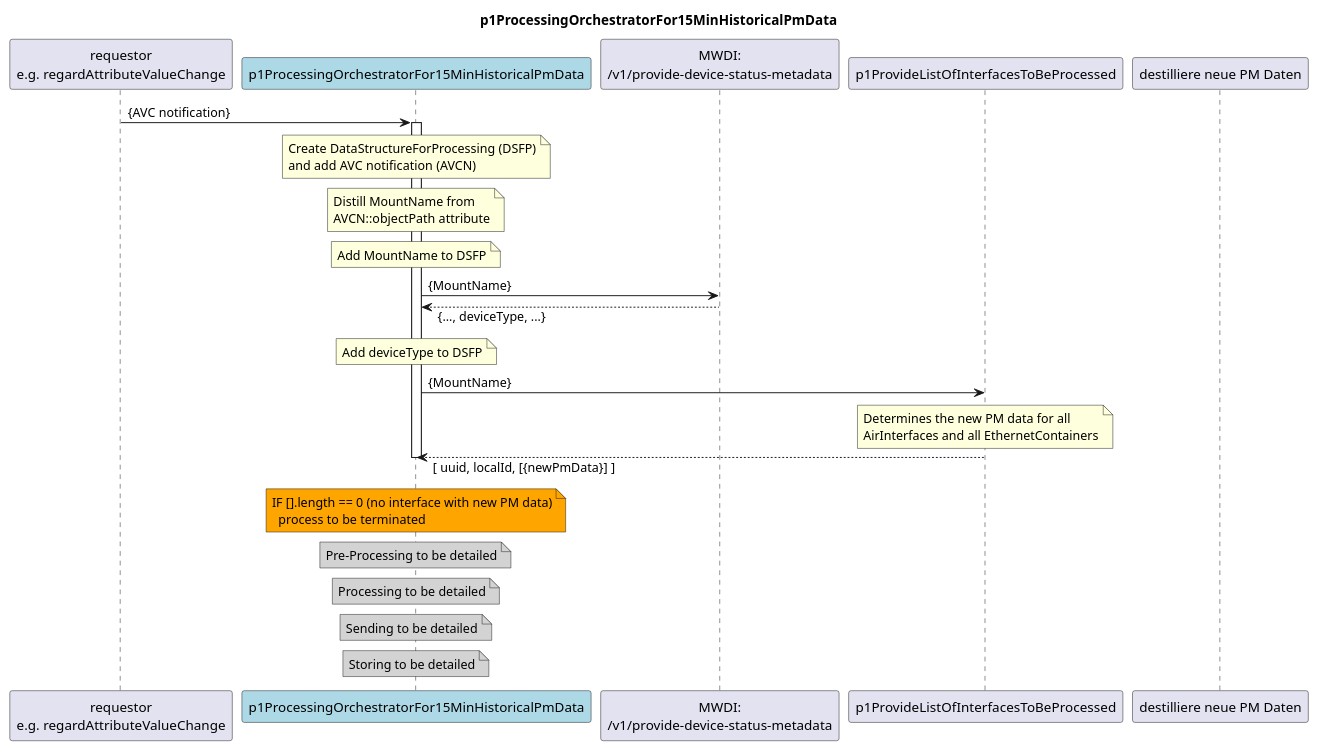
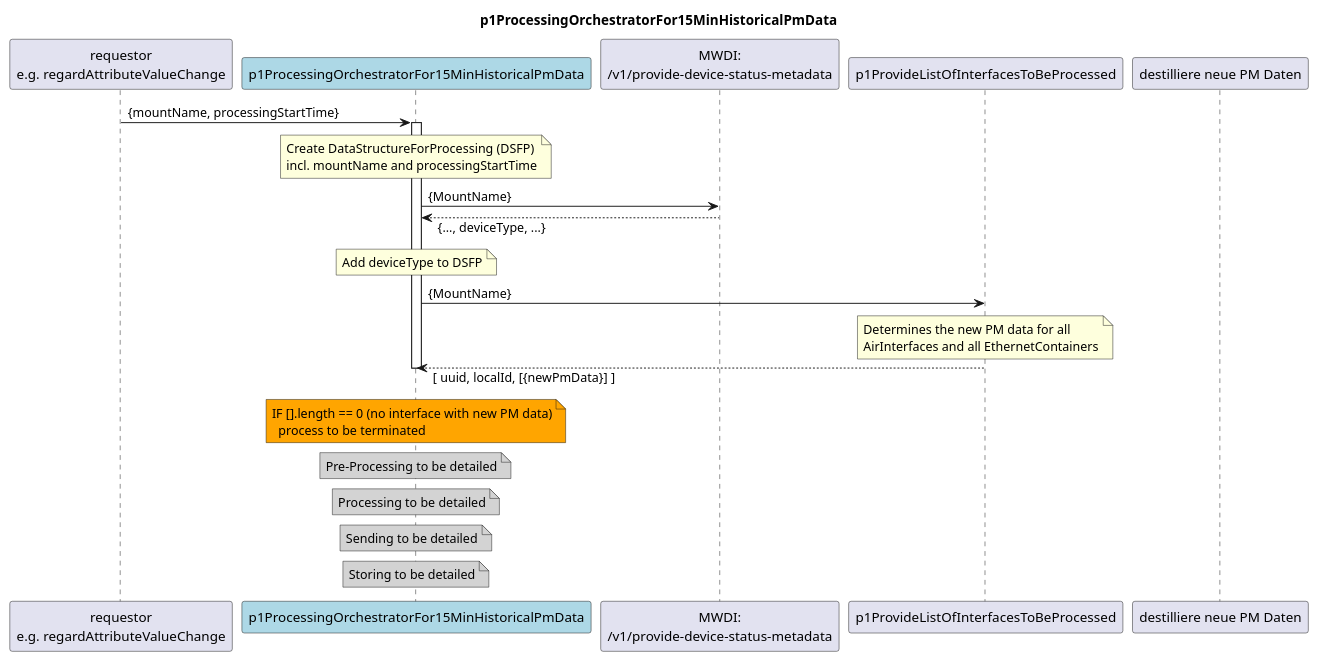
Before and after one commit to openBackhaul/DevicePerformanceManagementDataProcessor: the diagram in spec/Functions/specificFunctions/p1ProcessingOrchestratorFor15MinHistoricalPmData/1.0.0/diagram.plantuml, drawn with PlantUML. The commit also changed 28 other files, not shown here.

```diff
--- a/spec/Functions/specificFunctions/p1ProcessingOrchestratorFor15MinHistoricalPmData/1.0.0/diagram.plantuml
+++ b/spec/Functions/specificFunctions/p1ProcessingOrchestratorFor15MinHistoricalPmData/1.0.0/diagram.plantuml
@@ -1,72 +1,64 @@
 @startuml diagram
 skinparam responseMessageBelowArrow true
 
 title
   p1ProcessingOrchestratorFor15MinHistoricalPmData
 end title
 
 participant "requestor\ne.g. regardAttributeValueChange" as requestor
 participant "p1ProcessingOrchestratorFor15MinHistoricalPmData" as PO15 #LightBlue
 participant "MWDI:\n/v1/provide-device-status-metadata" as metadata
 participant "p1ProvideListOfInterfacesToBeProcessed" as ITBP
 
 
 participant "destilliere neue PM Daten" as DesignedDomainBorderThickness
 
 
-requestor -> PO15 : {AVC notification}
+requestor -> PO15 : {mountName, processingStartTime}
 activate PO15
 note over PO15
   Create DataStructureForProcessing (DSFP)
-  and add AVC notification (AVCN)
-end note
-
-note over PO15
-  Distill MountName from 
-  AVCN::objectPath attribute
-end note
-note over PO15
-  Add MountName to DSFP
+  incl. mountName and processingStartTime
 end note
 
 PO15 -> metadata : {MountName}
 PO15 <-- metadata : {..., deviceType, ...}
 note over PO15
   Add deviceType to DSFP
 end note
 
 PO15 -> ITBP : {MountName}
   note over ITBP
     Determines the new PM data for all 
     AirInterfaces and all EthernetContainers
   end note
 PO15 <-- ITBP : [ uuid, localId, [{newPmData}] ]
 
 note over PO15 #Orange
   IF [].length == 0 (no interface with new PM data)
     process to be terminated
 end note
 
 
 
 note over PO15 #LightGray
   Pre-Processing to be detailed
 end note
 
 note over PO15 #LightGray
   Processing to be detailed
 end note
 
 note over PO15 #LightGray
   Sending to be detailed
 end note
 
 note over PO15 #LightGray
   Storing to be detailed
 end note
 
 
 
 deactivate PO15
 
 @enduml
```
